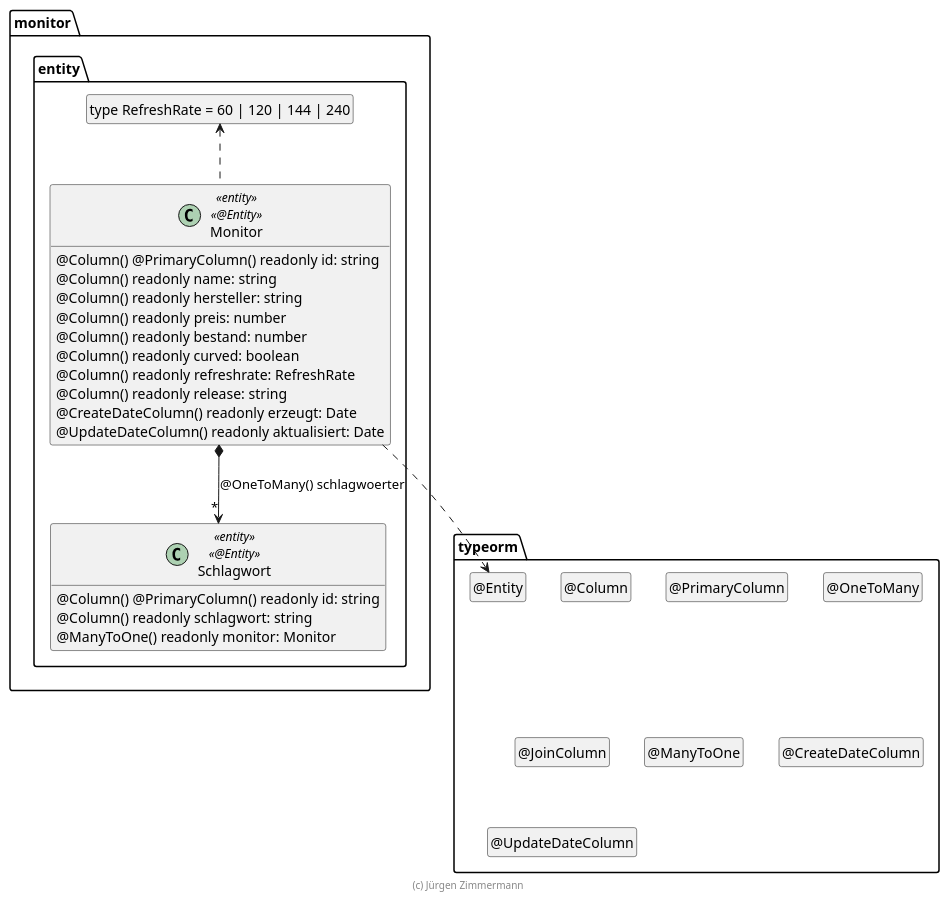
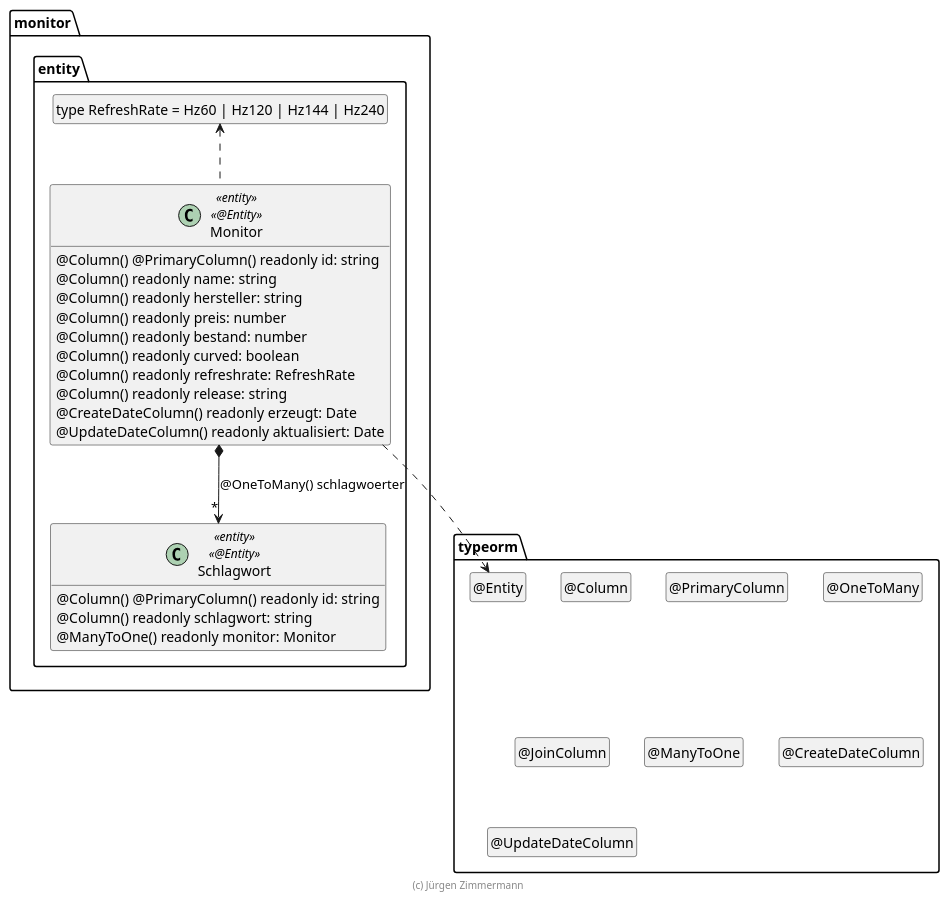
One commit to Vertiquo/SWE-Gruppe8-Abg1 changed the diagram in extras/doc/entwicklerhandbuch/Monitor.plantuml. Above: the diagram before and after it, drawn with PlantUML. The commit also changed 7 other files, not shown here.

Commit message:
Add alphabetical prefix to refreshRate enum

```diff
--- a/extras/doc/entwicklerhandbuch/Monitor.plantuml
+++ b/extras/doc/entwicklerhandbuch/Monitor.plantuml
@@ -18,54 +18,54 @@
 @startuml Entity
 
 package typeorm {
   class "@Entity" as Entity
   hide Entity circle
   class "@Column" as Column
   hide Column circle
   class "@PrimaryColumn" as PrimaryColumn
   hide PrimaryColumn circle
   class "@OneToMany" as OneToMany
   hide OneToMany circle
   class "@JoinColumn" as JoinColumn
   hide JoinColumn circle
   class "@ManyToOne" as ManyToOne
   hide ManyToOne circle
   class "@CreateDateColumn" as CreateDateColumn
   hide CreateDateColumn circle
   class "@UpdateDateColumn" as UpdateDateColumn
   hide UpdateDateColumn circle
 }
 
 package monitor.entity {
-  class "type RefreshRate = 60 | 120 | 144 | 240" as RefreshRate
+  class "type RefreshRate = Hz60 | Hz120 | Hz144 | Hz240" as RefreshRate
   hide RefreshRate circle
 
   class Monitor <<entity>> <<@Entity>> {
     @Column() @PrimaryColumn() readonly id: string
     @Column() readonly name: string
     @Column() readonly hersteller: string
     @Column() readonly preis: number
     @Column() readonly bestand: number
     @Column() readonly curved: boolean
     @Column() readonly refreshrate: RefreshRate
     @Column() readonly release: string
     @CreateDateColumn() readonly erzeugt: Date
     @UpdateDateColumn() readonly aktualisiert: Date
   }
 
   class Schlagwort <<entity>> <<@Entity>> {
     @Column() @PrimaryColumn() readonly id: string
     @Column() readonly schlagwort: string
     @ManyToOne() readonly monitor: Monitor
   }
 
   Monitor ..> Entity
   Monitor *--> "*" Schlagwort : @OneToMany() schlagwoerter
   Monitor .up.> RefreshRate
 }
 
 hide empty members
 
 footer (c) Jürgen Zimmermann
 
 @enduml
```
